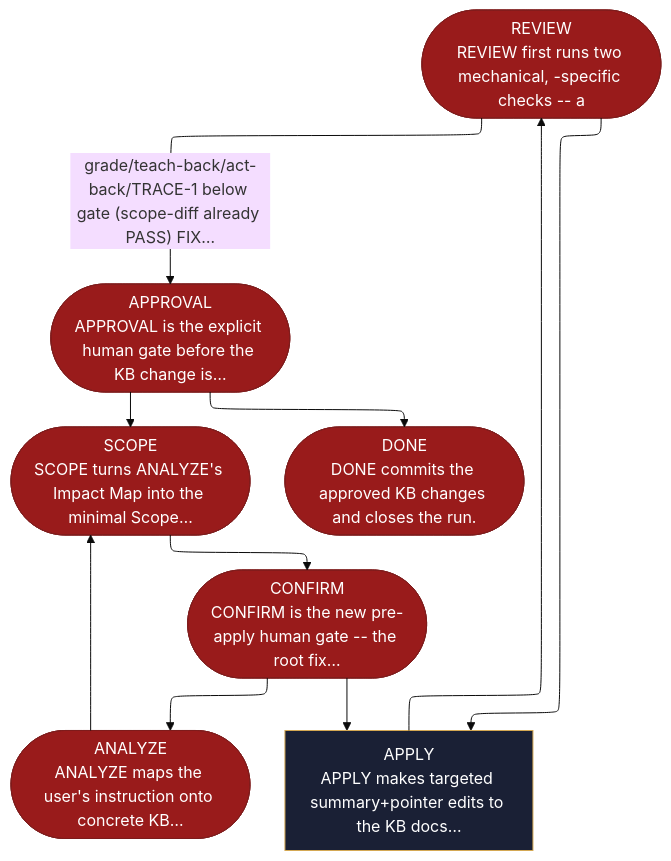
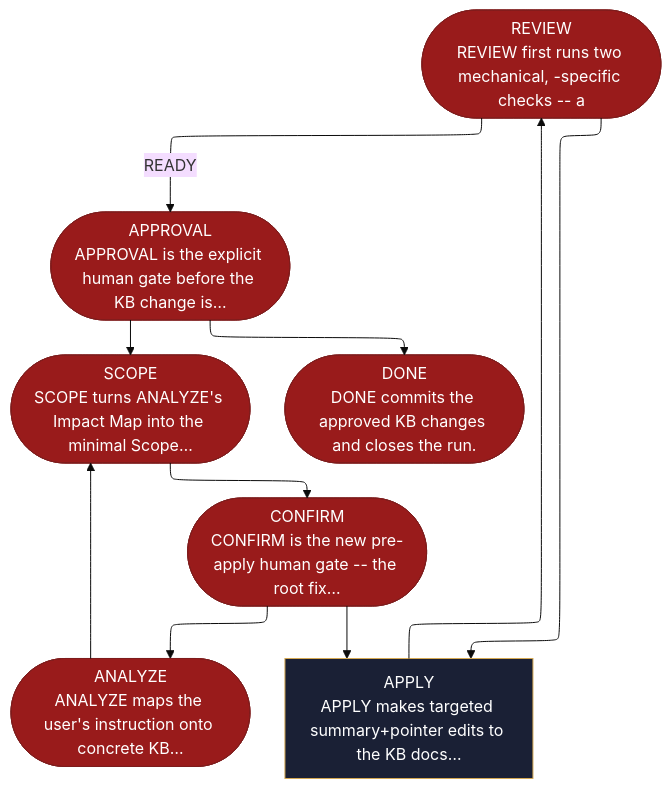
The diagram in site/src/content/docs/skills/aid-update-kb.md (AndreVianna/aid-methodology), drawn with Mermaid (base theme) before and after one commit. The commit also changed 5 other files, not shown here.

````diff
--- a/site/src/content/docs/skills/aid-update-kb.md
+++ b/site/src/content/docs/skills/aid-update-kb.md
@@ -20,48 +20,48 @@
 ```mermaid
 ---
 config:
   layout: elk
   flowchart:
     nodeSpacing: 55
     rankSpacing: 65
     padding: 12
     useMaxWidth: true
 ---
 flowchart TB
   classDef aidNode color:#fff
   classDef aidEntry fill:#166534,stroke:#14532d,color:#fff
   classDef aidExit fill:#991b1b,stroke:#7f1d1d,color:#fff
   classDef aidDecision fill:#92400e,stroke:#78350f,color:#fff
   classDef aidLoopBack fill:#1e3a8a,stroke:#1e3a8a,color:#fff
   classDef aidStep fill:#1a2035,stroke:#d4a853,color:#f1f5f9
   n1(["ANALYZE<br/>ANALYZE maps the user's instruction onto concrete KB…"])
   n2(["SCOPE<br/>SCOPE turns ANALYZE's Impact Map into the minimal Scope…"])
   n3(["CONFIRM<br/>CONFIRM is the new pre-apply human gate -- the root fix…"])
   n4["APPLY<br/>APPLY makes targeted summary+pointer edits to the KB docs…"]
   n5(["REVIEW<br/>REVIEW first runs two mechanical, -specific checks -- a"])
   n6(["APPROVAL<br/>APPROVAL is the explicit human gate before the KB change is…"])
   n7(["DONE<br/>DONE commits the approved KB changes and closes the run."])
   n1 --> n2
   n2 --> n3
   n3 --> n1
   n3 --> n4
   n4 --> n5
   n5 --> n4
-  n5 -->|"grade/teach-back/act-back/TRACE-1 below gate (scope-diff already PASS) FIX…"| n6
+  n5 -->|"READY"| n6
   n6 --> n2
   n6 --> n7
   class n1 aidExit
   class n2 aidExit
   class n3 aidExit
   class n4 aidStep
   class n5 aidExit
   class n6 aidExit
   class n7 aidExit
   class n1 aidNode
   class n2 aidNode
   class n3 aidNode
   class n4 aidNode
   class n5 aidNode
   class n6 aidNode
   class n7 aidNode
 ```
````
